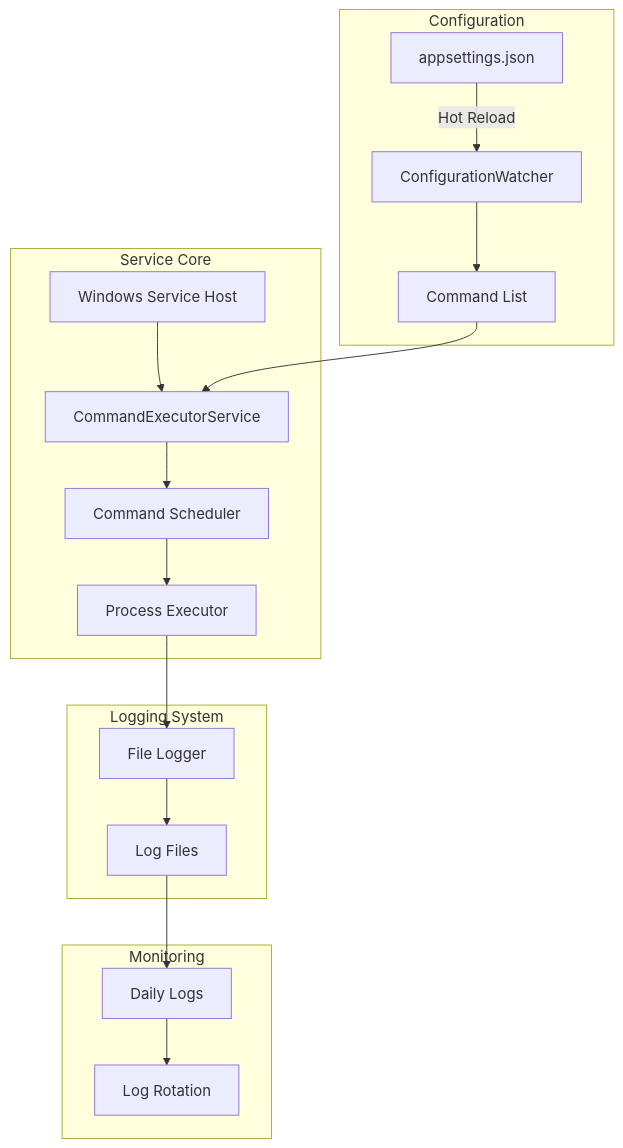
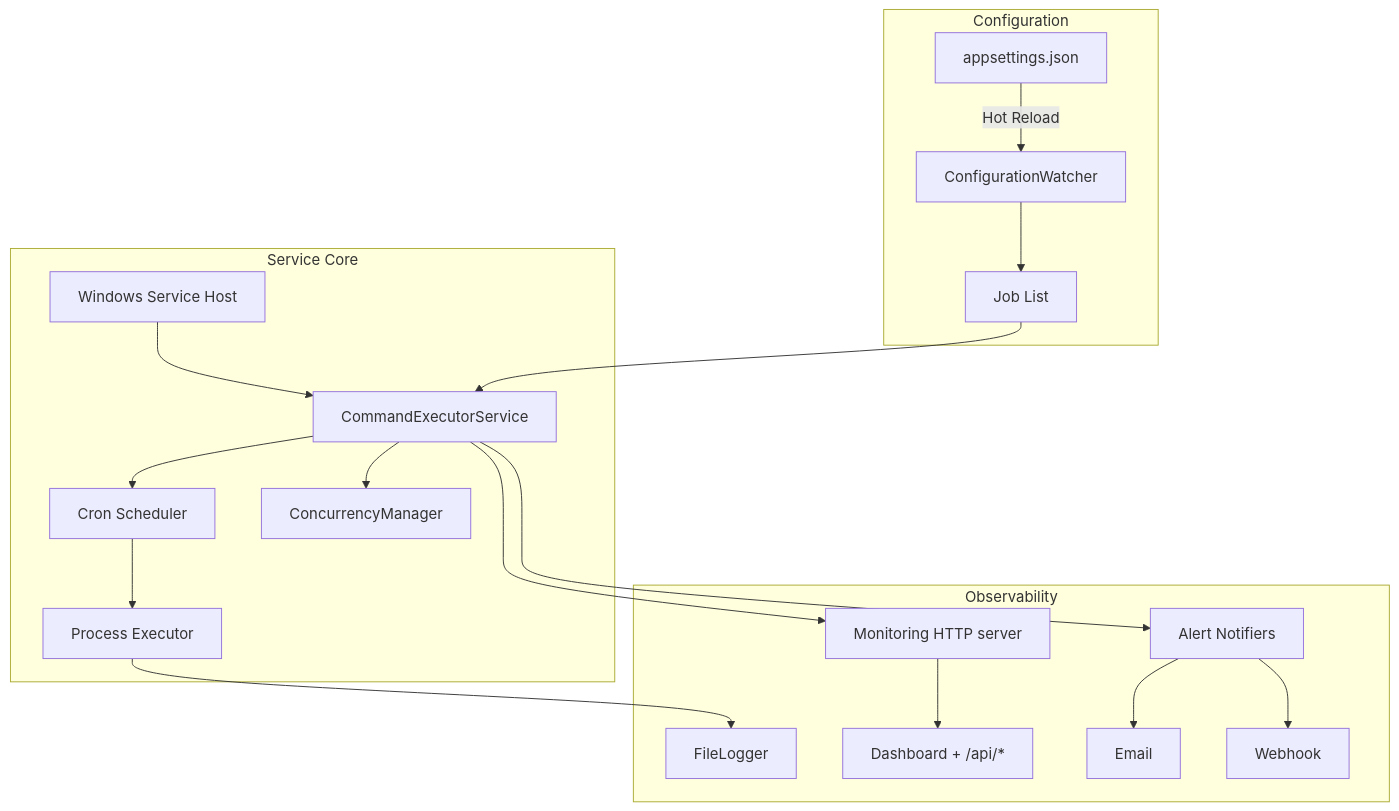
One commit to peopleworks/RunCommandsService changed the diagram in README.md. Above: the diagram before and after it, drawn with Mermaid. The commit also changed other lines of this file and 3 other files, not shown here.

````diff
--- a/README.md
+++ b/README.md
@@ -43,24 +37,23 @@
 ```mermaid
 flowchart TB
     subgraph Configuration
-        A[appsettings.json] --> |Hot Reload| B[ConfigurationWatcher]
-        B --> C[Command List]
+        A[appsettings.json] -->|Hot Reload| B[ConfigurationWatcher]
+        B --> C[Job List]
     end
-    
+
     subgraph Service Core
         D[Windows Service Host] --> E[CommandExecutorService]
         C --> E
-        E --> F[Command Scheduler]
+        E --> F[Cron Scheduler]
         F --> G[Process Executor]
-    end
-    
-    subgraph Logging System
-        G --> H[File Logger]
-        H --> I[Log Files]
+        E --> CK[ConcurrencyManager]
     end
 
-    subgraph Monitoring
-        I --> J[Daily Logs]
-        J --> K[Log Rotation]
+    subgraph Observability
+        G --> H[FileLogger]
+        E --> M[Monitoring HTTP server]
+        M --> DASH[Dashboard + /api/*]
+        E --> N[Alert Notifiers]
+        N --> Email & Webhook
     end
 ```
````
